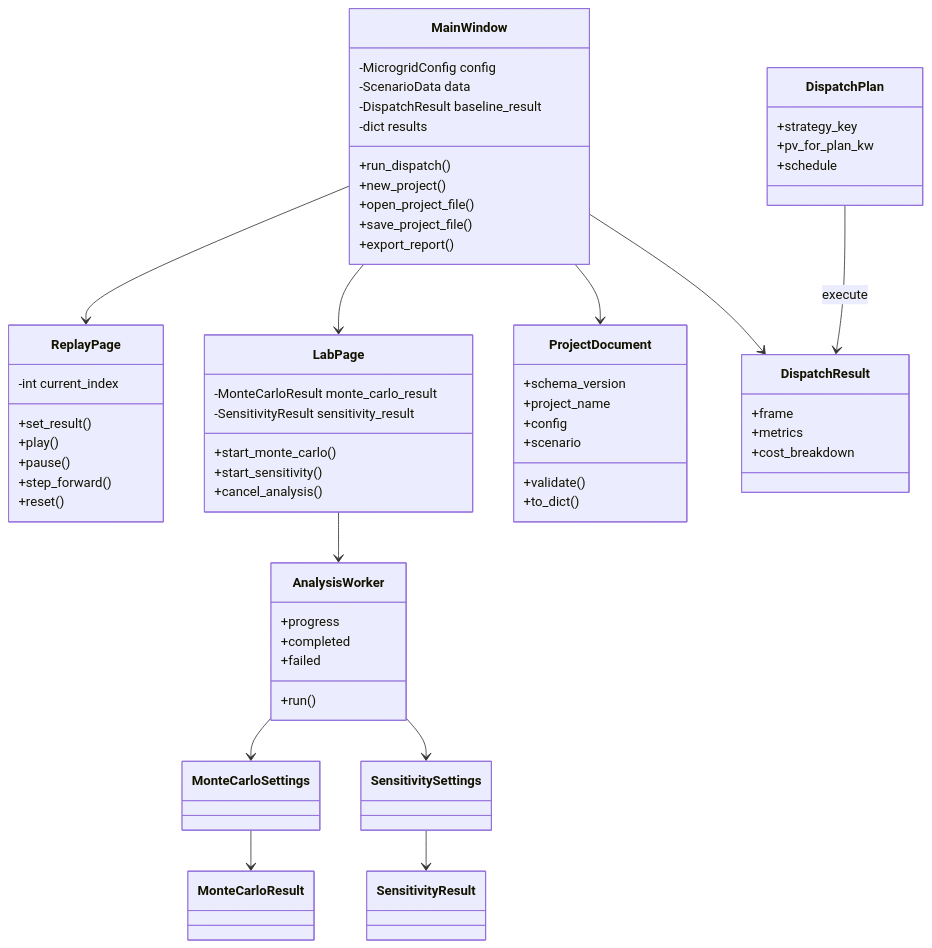
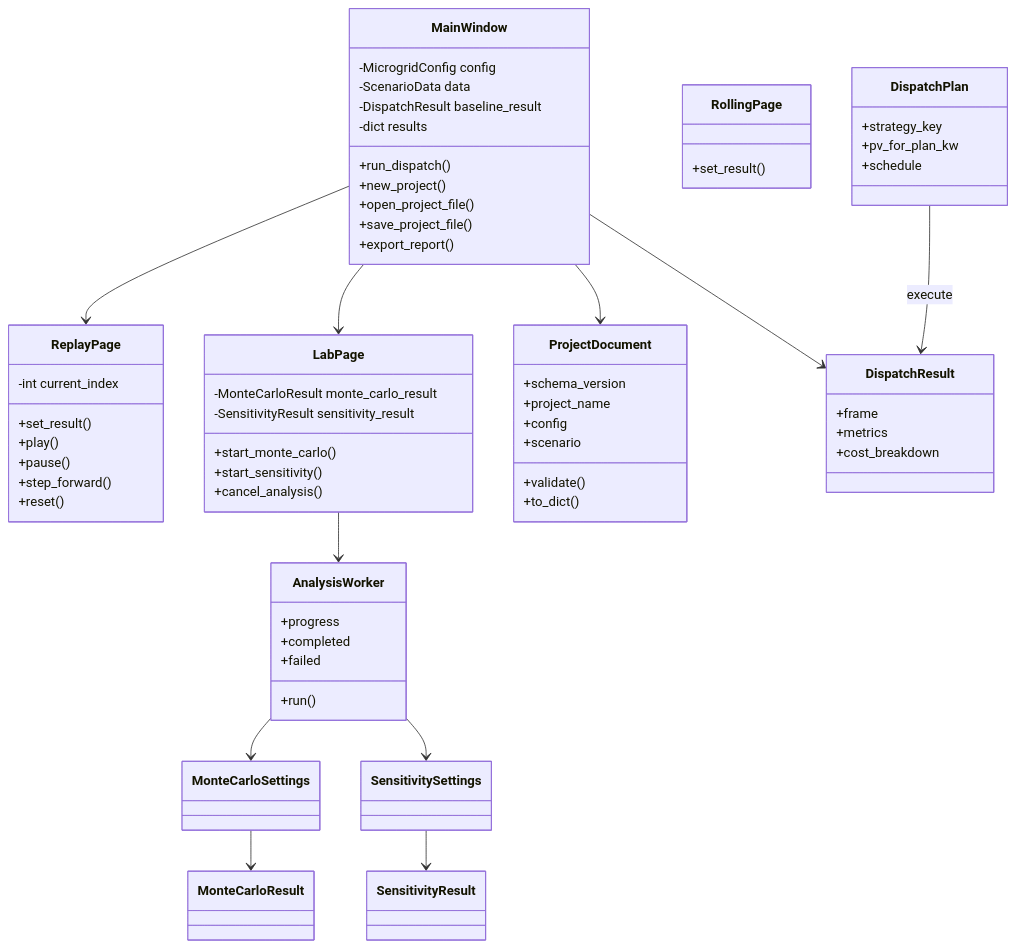
Before and after one commit to 3121304904/Dong-Microgrid-EMS: the first of 2 diagrams in docs/design.md, drawn with Mermaid. The commit also changed other lines of this file and 20 other files, not shown here.

````diff
--- a/docs/design.md
+++ b/docs/design.md
@@ -46,68 +48,71 @@
 ```mermaid
 classDiagram
     class MainWindow {
         -MicrogridConfig config
         -ScenarioData data
         -DispatchResult baseline_result
         -dict results
         +run_dispatch()
         +new_project()
         +open_project_file()
         +save_project_file()
         +export_report()
     }
     class ReplayPage {
         -int current_index
         +set_result()
         +play()
         +pause()
         +step_forward()
         +reset()
     }
     class LabPage {
         -MonteCarloResult monte_carlo_result
         -SensitivityResult sensitivity_result
         +start_monte_carlo()
         +start_sensitivity()
         +cancel_analysis()
+    }
+    class RollingPage {
+        +set_result()
     }
     class AnalysisWorker {
         +progress
         +completed
         +failed
         +run()
     }
     class DispatchPlan {
         +strategy_key
         +pv_for_plan_kw
         +schedule
     }
     class DispatchResult {
         +frame
         +metrics
         +cost_breakdown
     }
     class ProjectDocument {
         +schema_version
         +project_name
         +config
         +scenario
         +validate()
         +to_dict()
     }
     class MonteCarloSettings
     class MonteCarloResult
     class SensitivitySettings
     class SensitivityResult
 
     MainWindow --> ReplayPage
     MainWindow --> LabPage
     LabPage --> AnalysisWorker
     MainWindow --> ProjectDocument
     MainWindow --> DispatchResult
     DispatchPlan --> DispatchResult : execute
     AnalysisWorker --> MonteCarloSettings
     AnalysisWorker --> SensitivitySettings
     MonteCarloSettings --> MonteCarloResult
     SensitivitySettings --> SensitivityResult
 ```
````
